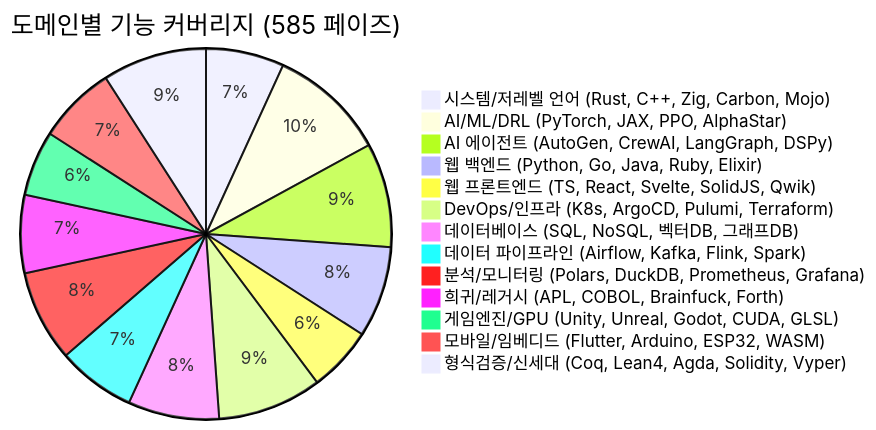
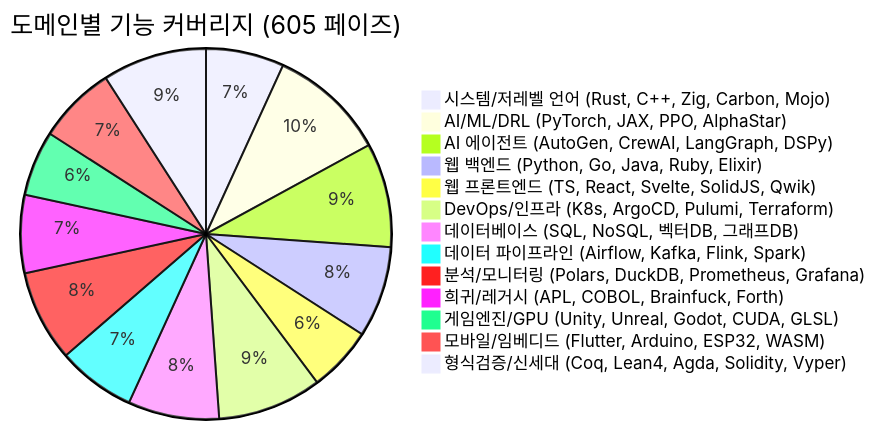
Before and after one commit to sun475300-sudo/Swarm-control-in-sc2bot: diagram 25 of 30 in README.md, drawn with Mermaid. The commit also changed other lines of this file, not shown here.

````diff
--- a/README.md
+++ b/README.md
@@ -1121,16 +1121,16 @@
 ```mermaid
-pie title 도메인별 기능 커버리지 (585 페이즈)
+pie title 도메인별 기능 커버리지 (605 페이즈)
     "시스템/저레벨 언어 (Rust, C++, Zig, Carbon, Mojo)" : 30
     "AI/ML/DRL (PyTorch, JAX, PPO, AlphaStar)" : 45
     "AI 에이전트 (AutoGen, CrewAI, LangGraph, DSPy)" : 40
     "웹 백엔드 (Python, Go, Java, Ruby, Elixir)" : 35
     "웹 프론트엔드 (TS, React, Svelte, SolidJS, Qwik)" : 25
     "DevOps/인프라 (K8s, ArgoCD, Pulumi, Terraform)" : 40
     "데이터베이스 (SQL, NoSQL, 벡터DB, 그래프DB)" : 35
     "데이터 파이프라인 (Airflow, Kafka, Flink, Spark)" : 30
     "분석/모니터링 (Polars, DuckDB, Prometheus, Grafana)" : 35
     "희귀/레거시 (APL, COBOL, Brainfuck, Forth)" : 30
     "게임엔진/GPU (Unity, Unreal, Godot, CUDA, GLSL)" : 25
     "모바일/임베디드 (Flutter, Arduino, ESP32, WASM)" : 30
     "형식검증/신세대 (Coq, Lean4, Agda, Solidity, Vyper)" : 40
 ```
````
